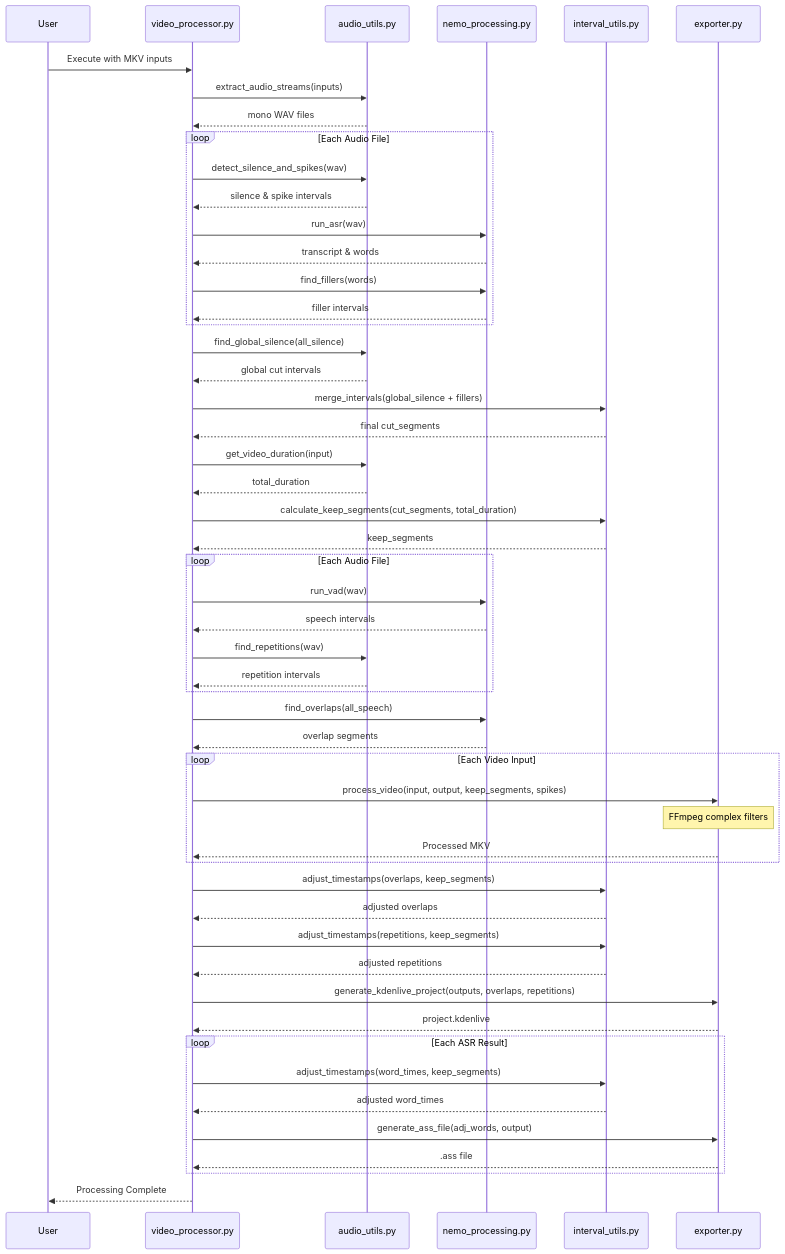
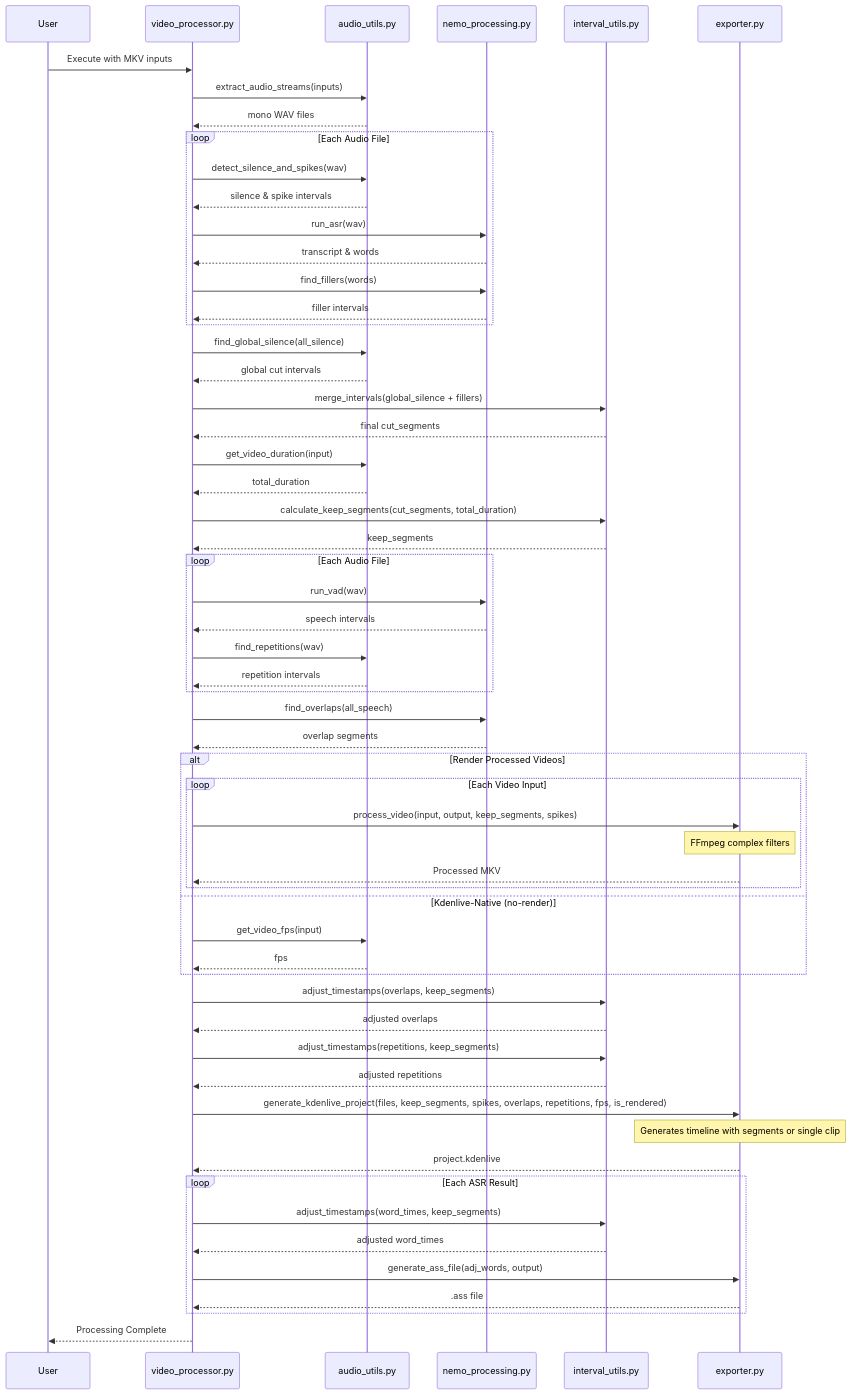
Before and after one commit to gpapp/Code-checker: the diagram in README.md, drawn with Mermaid. The commit also changed other lines of this file and 4 other files, not shown here.

First line of the commit message:
Implement Kdenlive-native editing mode and fix export logic

````diff
--- a/README.md
+++ b/README.md
@@ -7,67 +7,73 @@
 ```mermaid
 sequenceDiagram
     participant User
     participant Main as video_processor.py
     participant AU as audio_utils.py
     participant NP as nemo_processing.py
     participant IU as interval_utils.py
     participant EX as exporter.py
 
     User->>Main: Execute with MKV inputs
     Main->>AU: extract_audio_streams(inputs)
     AU-->>Main: mono WAV files
 
     loop Each Audio File
         Main->>AU: detect_silence_and_spikes(wav)
         AU-->>Main: silence & spike intervals
         Main->>NP: run_asr(wav)
         NP-->>Main: transcript & words
         Main->>NP: find_fillers(words)
         NP-->>Main: filler intervals
     end
 
     Main->>AU: find_global_silence(all_silence)
     AU-->>Main: global cut intervals
 
     Main->>IU: merge_intervals(global_silence + fillers)
     IU-->>Main: final cut_segments
 
     Main->>AU: get_video_duration(input)
     AU-->>Main: total_duration
 
     Main->>IU: calculate_keep_segments(cut_segments, total_duration)
     IU-->>Main: keep_segments
 
     loop Each Audio File
         Main->>NP: run_vad(wav)
         NP-->>Main: speech intervals
         Main->>AU: find_repetitions(wav)
         AU-->>Main: repetition intervals
     end
 
     Main->>NP: find_overlaps(all_speech)
     NP-->>Main: overlap segments
 
-    loop Each Video Input
-        Main->>EX: process_video(input, output, keep_segments, spikes)
-        Note over EX: FFmpeg complex filters
-        EX-->>Main: Processed MKV
+    alt Render Processed Videos
+        loop Each Video Input
+            Main->>EX: process_video(input, output, keep_segments, spikes)
+            Note over EX: FFmpeg complex filters
+            EX-->>Main: Processed MKV
+        end
+    else Kdenlive-Native (no-render)
+        Main->>AU: get_video_fps(input)
+        AU-->>Main: fps
     end
 
     Main->>IU: adjust_timestamps(overlaps, keep_segments)
     IU-->>Main: adjusted overlaps
     Main->>IU: adjust_timestamps(repetitions, keep_segments)
     IU-->>Main: adjusted repetitions
 
-    Main->>EX: generate_kdenlive_project(outputs, overlaps, repetitions)
+    Main->>EX: generate_kdenlive_project(files, keep_segments, spikes, overlaps, repetitions, fps, is_rendered)
+    Note over EX: Generates timeline with segments or single clip
     EX-->>Main: project.kdenlive
 
     loop Each ASR Result
         Main->>IU: adjust_timestamps(word_times, keep_segments)
         IU-->>Main: adjusted word_times
         Main->>EX: generate_ass_file(adj_words, output)
         EX-->>Main: .ass file
     end
 
     Main-->>User: Processing Complete
 ```
````
